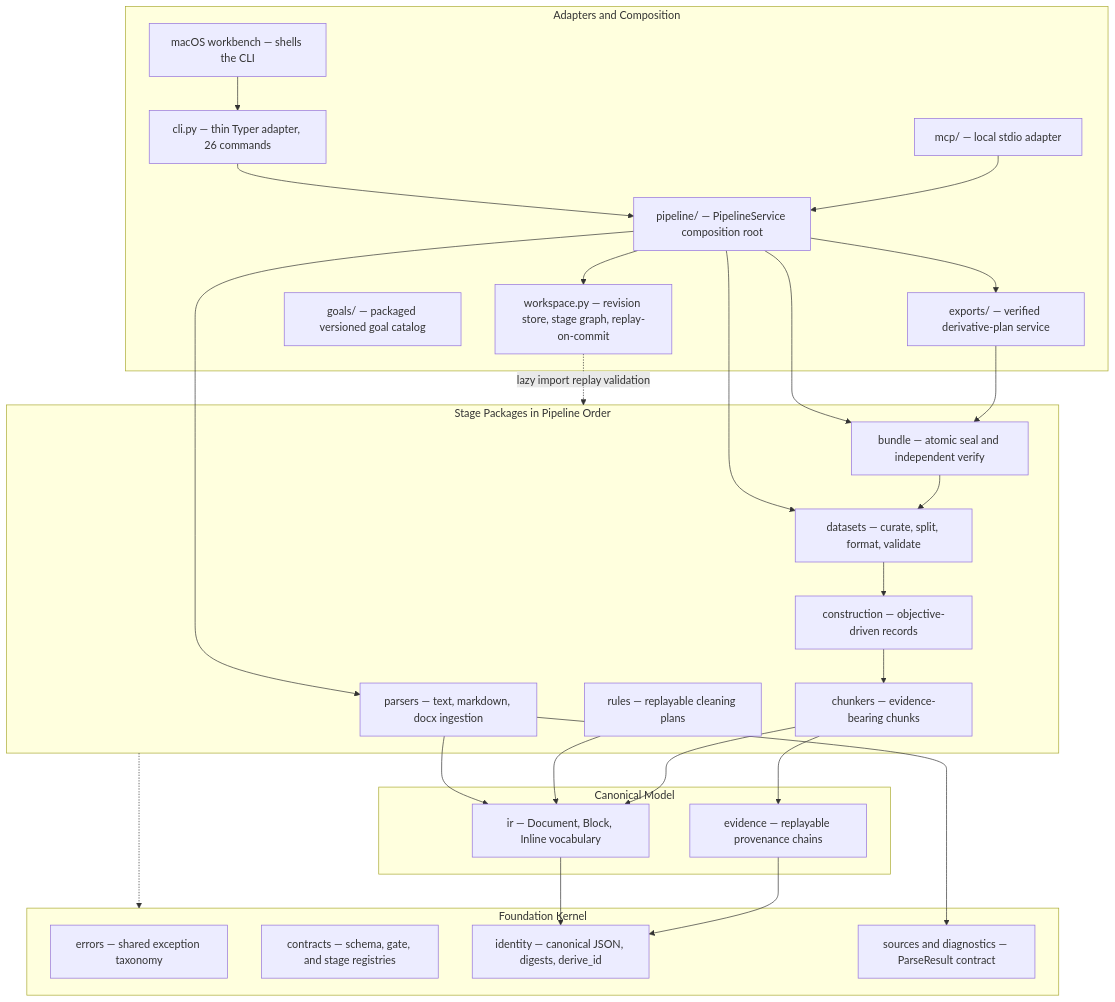
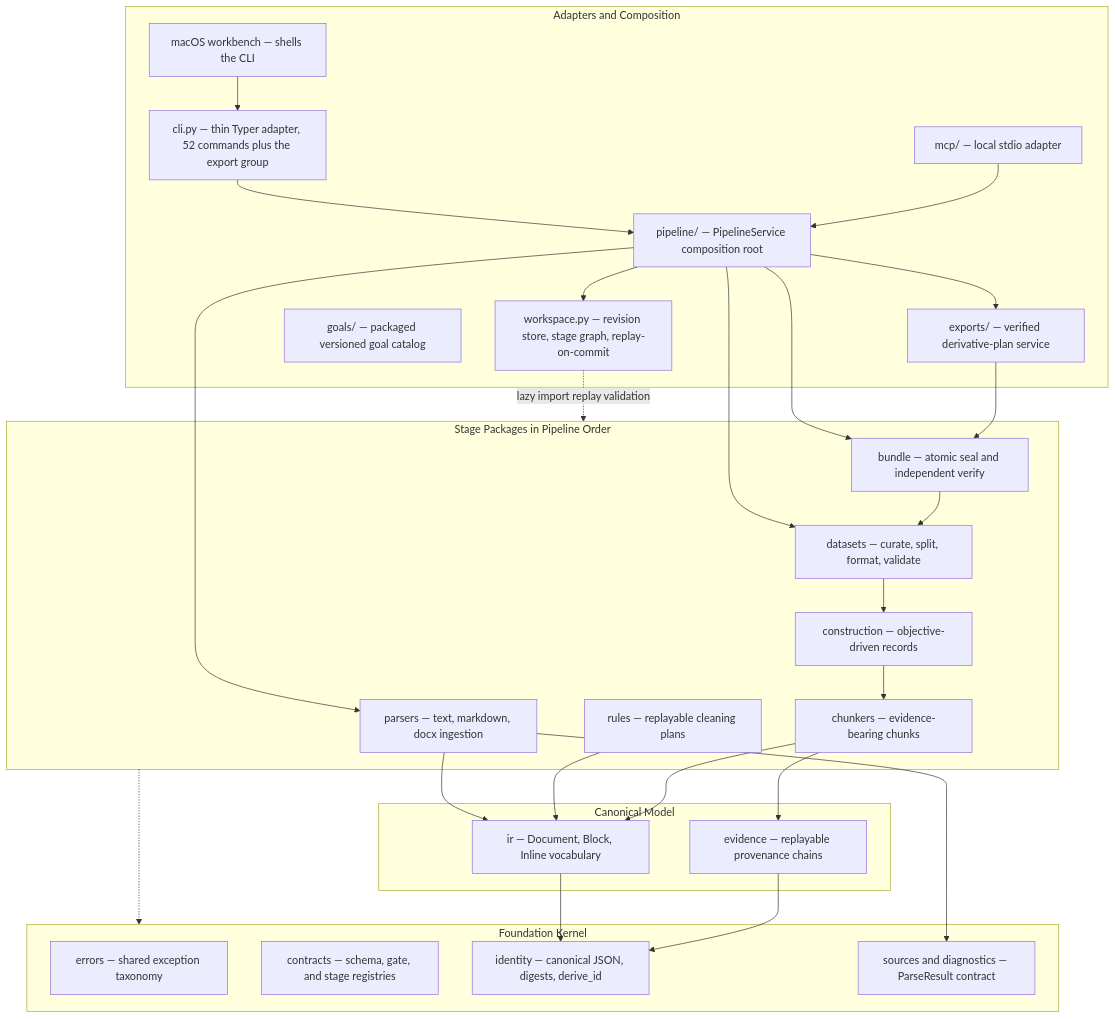
Before and after one commit to ogprotege/Veriformis: the diagram in docs/architecture/README.md, drawn with Mermaid. The commit also changed other lines of this file and 18 other files, not shown here.

````diff
--- a/docs/architecture/README.md
+++ b/docs/architecture/README.md
@@ -102,55 +104,55 @@
 ```mermaid
 flowchart TB
     subgraph entry["Adapters and Composition"]
-        CLI["cli.py — thin Typer adapter, 26 commands"]
+        CLI["cli.py — thin Typer adapter, 52 commands plus the export group"]
         MCP["mcp/ — local stdio adapter"]
         MAC["macOS workbench — shells the CLI"]
         PIP["pipeline/ — PipelineService composition root"]
         EXP["exports/ — verified derivative-plan service"]
         GOALS["goals/ — packaged versioned goal catalog"]
         WS["workspace.py — revision store, stage graph, replay-on-commit"]
     end
 
     subgraph stages["Stage Packages in Pipeline Order"]
         P["parsers — text, markdown, docx ingestion"]
         R["rules — replayable cleaning plans"]
         C["chunkers — evidence-bearing chunks"]
         CT["construction — objective-driven records"]
         DS["datasets — curate, split, format, validate"]
         B["bundle — atomic seal and independent verify"]
     end
 
     subgraph core["Canonical Model"]
         IR["ir — Document, Block, Inline vocabulary"]
         EV["evidence — replayable provenance chains"]
     end
 
     subgraph foundation["Foundation Kernel"]
         ERR["errors — shared exception taxonomy"]
         CON["contracts — schema, gate, and stage registries"]
         ID["identity — canonical JSON, digests, derive_id"]
         SRC["sources and diagnostics — ParseResult contract"]
     end
 
     CLI --> PIP
     MCP --> PIP
     MAC --> CLI
     PIP --> WS
     PIP --> EXP
     PIP --> P
     PIP --> DS
     PIP --> B
     EXP --> B
     WS -. "lazy import replay validation" .-> stages
     P --> IR
     R --> IR
     C --> IR
     C --> EV
     CT --> C
     DS --> CT
     B --> DS
     P --> SRC
     IR --> ID
     EV --> ID
     stages -.-> foundation
 ```
````
